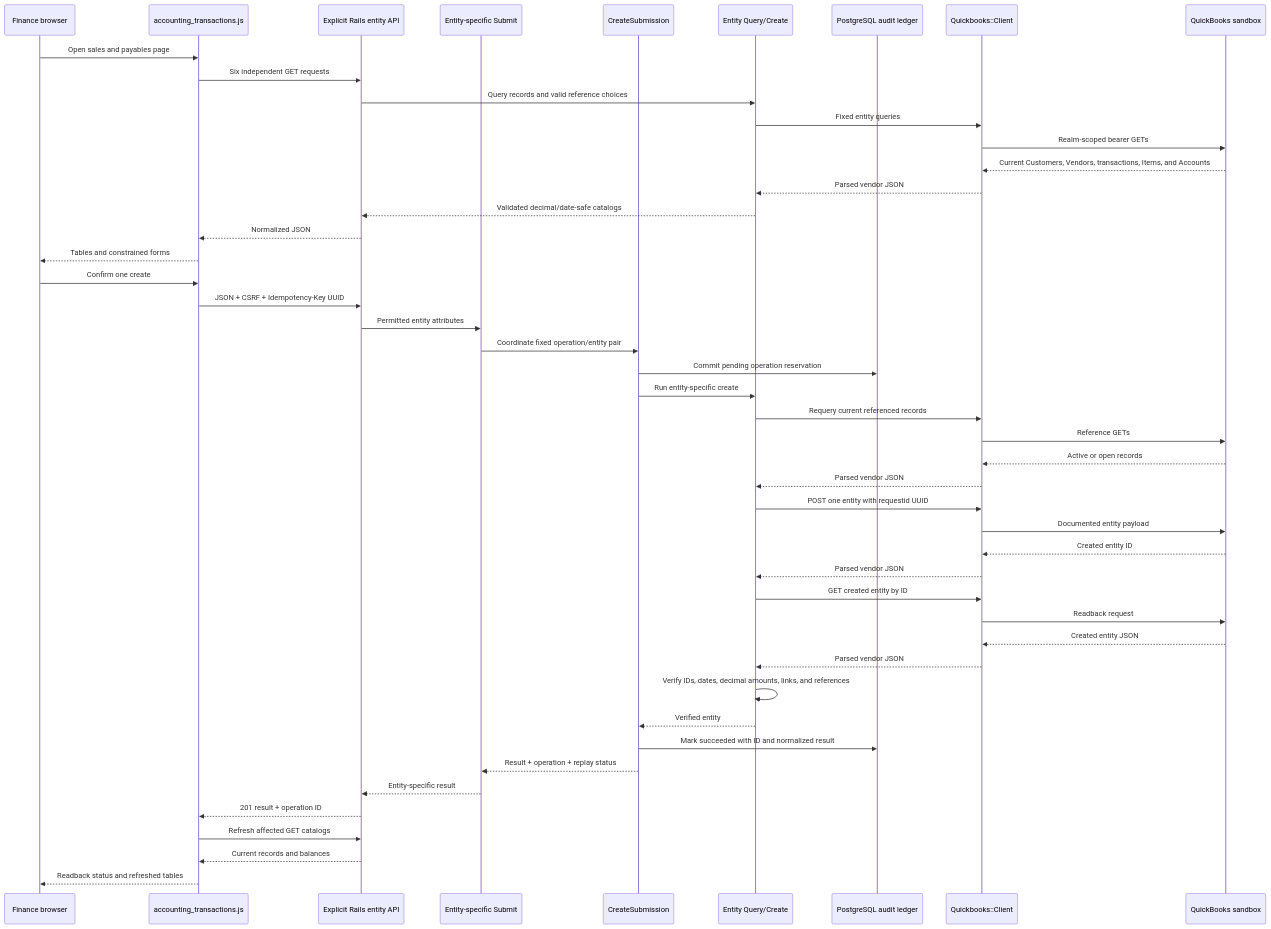
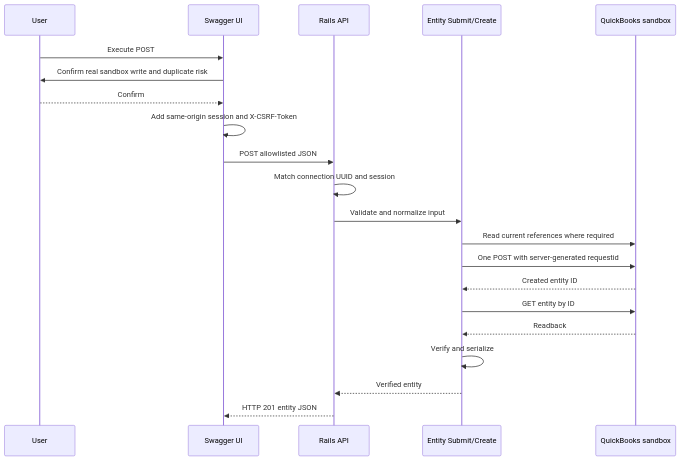
Before and after one commit to nakshatrasinghh/qbo-finance-bridge: the third of 4 diagrams in docs/data_flow.md, drawn with Mermaid. The commit also changed other lines of this file and 126 other files, not shown here.

First line of the commit message:
refactor(quickbooks)!: Use process-local sandbox connections

````diff
--- a/docs/data_flow.md
+++ b/docs/data_flow.md
@@ -238,49 +57,24 @@
 ```mermaid
 sequenceDiagram
-  participant B as Finance browser
-  participant J as accounting_transactions.js
-  participant A as Explicit Rails entity API
-  participant S as Entity-specific Submit
-  participant C as CreateSubmission
-  participant R as Entity Query/Create
-  participant D as PostgreSQL audit ledger
-  participant H as Quickbooks::Client
+  participant U as User
+  participant S as Swagger UI
+  participant R as Rails API
+  participant D as Entity Submit/Create
   participant Q as QuickBooks sandbox
-  B->>J: Open sales and payables page
-  J->>A: Six independent GET requests
-  A->>R: Query records and valid reference choices
-  R->>H: Fixed entity queries
-  H->>Q: Realm-scoped bearer GETs
-  Q-->>H: Current Customers, Vendors, transactions, Items, and Accounts
-  H-->>R: Parsed vendor JSON
-  R-->>A: Validated decimal/date-safe catalogs
-  A-->>J: Normalized JSON
-  J-->>B: Tables and constrained forms
-  B->>J: Confirm one create
-  J->>A: JSON + CSRF + Idempotency-Key UUID
-  A->>S: Permitted entity attributes
-  S->>C: Coordinate fixed operation/entity pair
-  C->>D: Commit pending operation reservation
-  C->>R: Run entity-specific create
-  R->>H: Requery current referenced records
-  H->>Q: Reference GETs
-  Q-->>H: Active or open records
-  H-->>R: Parsed vendor JSON
-  R->>H: POST one entity with requestid UUID
-  H->>Q: Documented entity payload
-  Q-->>H: Created entity ID
-  H-->>R: Parsed vendor JSON
-  R->>H: GET created entity by ID
-  H->>Q: Readback request
-  Q-->>H: Created entity JSON
-  H-->>R: Parsed vendor JSON
-  R->>R: Verify IDs, dates, decimal amounts, links, and references
-  R-->>C: Verified entity
-  C->>D: Mark succeeded with ID and normalized result
-  C-->>S: Result + operation + replay status
-  S-->>A: Entity-specific result
-  A-->>J: 201 result + operation ID
-  J->>A: Refresh affected GET catalogs
-  A-->>J: Current records and balances
-  J-->>B: Readback status and refreshed tables
+
+  U->>S: Execute POST
+  S->>U: Confirm real sandbox write and duplicate risk
+  U-->>S: Confirm
+  S->>S: Add same-origin session and X-CSRF-Token
+  S->>R: POST allowlisted JSON
+  R->>R: Match connection UUID and session
+  R->>D: Validate and normalize input
+  D->>Q: Read current references where required
+  D->>Q: One POST with server-generated requestid
+  Q-->>D: Created entity ID
+  D->>Q: GET entity by ID
+  Q-->>D: Readback
+  D->>D: Verify and serialize
+  D-->>R: Verified entity
+  R-->>S: HTTP 201 entity JSON
 ```
````
